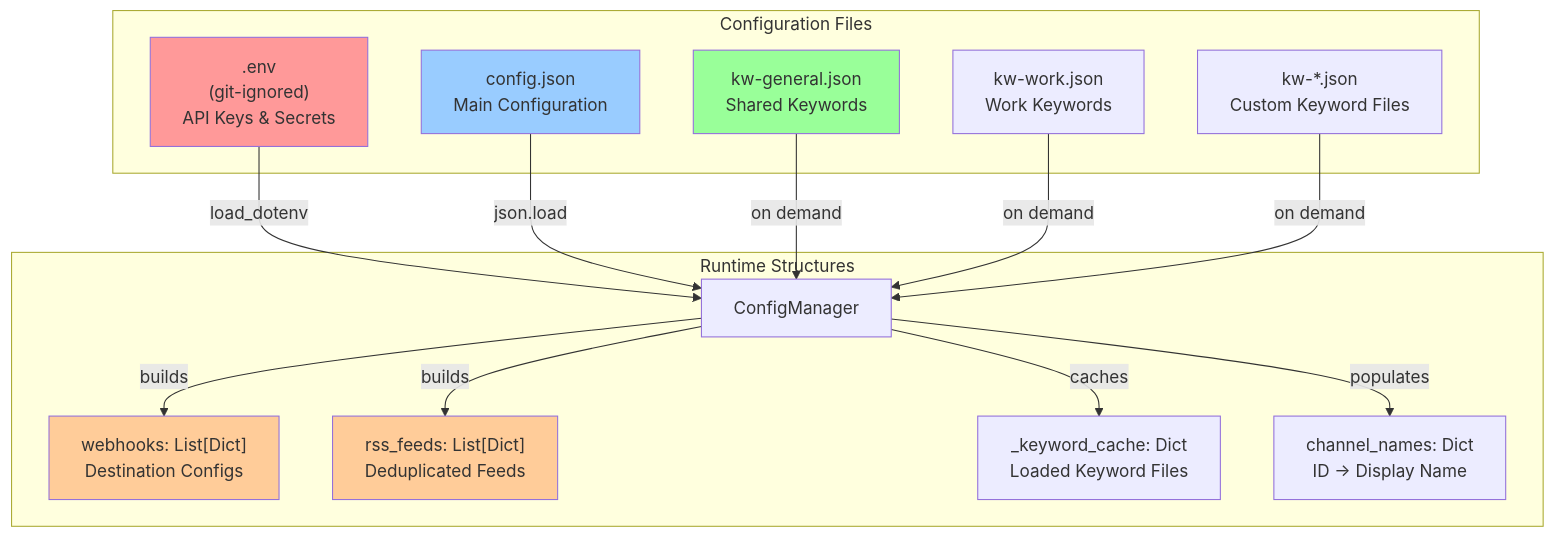
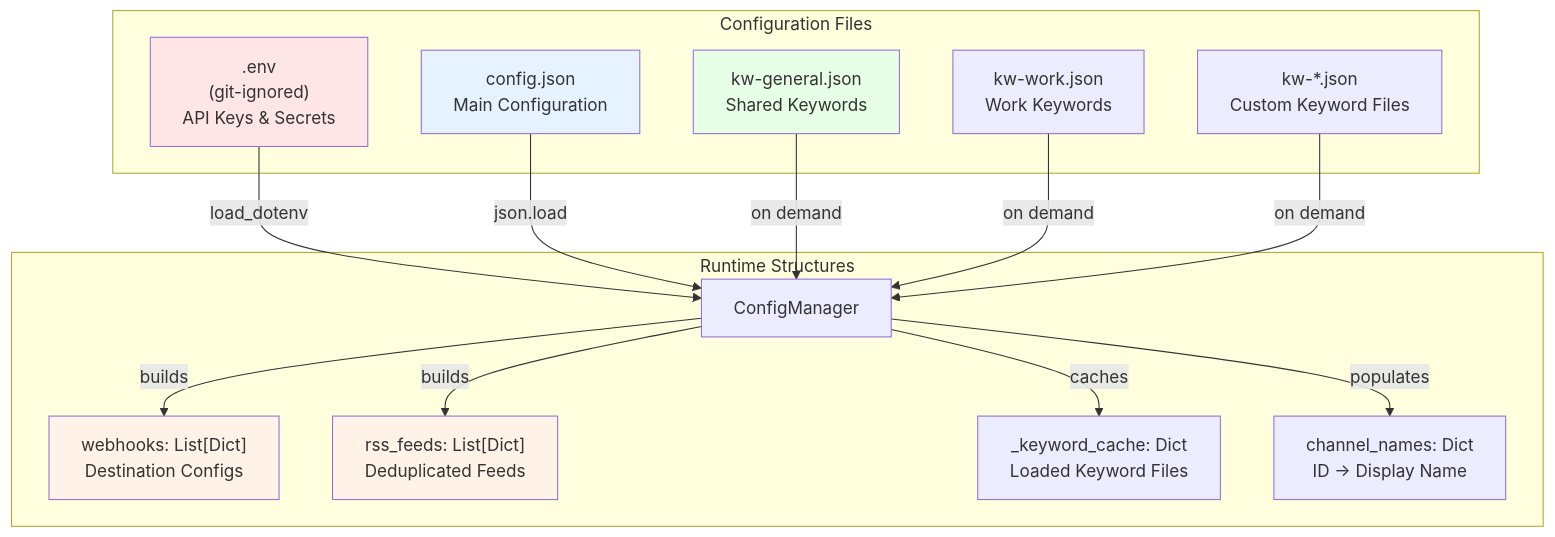
Before and after one commit to Dysrhythmic/Watchtower: the first of 3 diagrams in docs/configuration-structure.md, drawn with Mermaid. The commit also changed other lines of this file and 4 other files, not shown here.

First line of the commit message:
Improve diagram readability with lighter background colors

````diff
--- a/docs/configuration-structure.md
+++ b/docs/configuration-structure.md
@@ -7,35 +7,35 @@
 ```mermaid
 graph TB
     subgraph "Configuration Files"
         ENV[".env<br/>(git-ignored)<br/>API Keys & Secrets"]
         CONFIG["config.json<br/>Main Configuration"]
         KW_GEN["kw-general.json<br/>Shared Keywords"]
         KW_WORK["kw-work.json<br/>Work Keywords"]
         KW_CUSTOM["kw-*.json<br/>Custom Keyword Files"]
     end
 
     subgraph "Runtime Structures"
         CM[ConfigManager]
         WEBHOOKS["webhooks: List[Dict]<br/>Destination Configs"]
         RSS_FEEDS["rss_feeds: List[Dict]<br/>Deduplicated Feeds"]
         KW_CACHE["_keyword_cache: Dict<br/>Loaded Keyword Files"]
         CHANNEL_NAMES["channel_names: Dict<br/>ID → Display Name"]
     end
 
     ENV -->|load_dotenv| CM
     CONFIG -->|json.load| CM
     KW_GEN -->|on demand| CM
     KW_WORK -->|on demand| CM
     KW_CUSTOM -->|on demand| CM
 
     CM -->|builds| WEBHOOKS
     CM -->|builds| RSS_FEEDS
     CM -->|caches| KW_CACHE
     CM -->|populates| CHANNEL_NAMES
 
-    style ENV fill:#ff9999
-    style CONFIG fill:#99ccff
-    style KW_GEN fill:#99ff99
-    style WEBHOOKS fill:#ffcc99
-    style RSS_FEEDS fill:#ffcc99
+    style ENV fill:#ffe6e6
+    style CONFIG fill:#e6f2ff
+    style KW_GEN fill:#e6ffe6
+    style WEBHOOKS fill:#fff2e6
+    style RSS_FEEDS fill:#fff2e6
 ```
````
